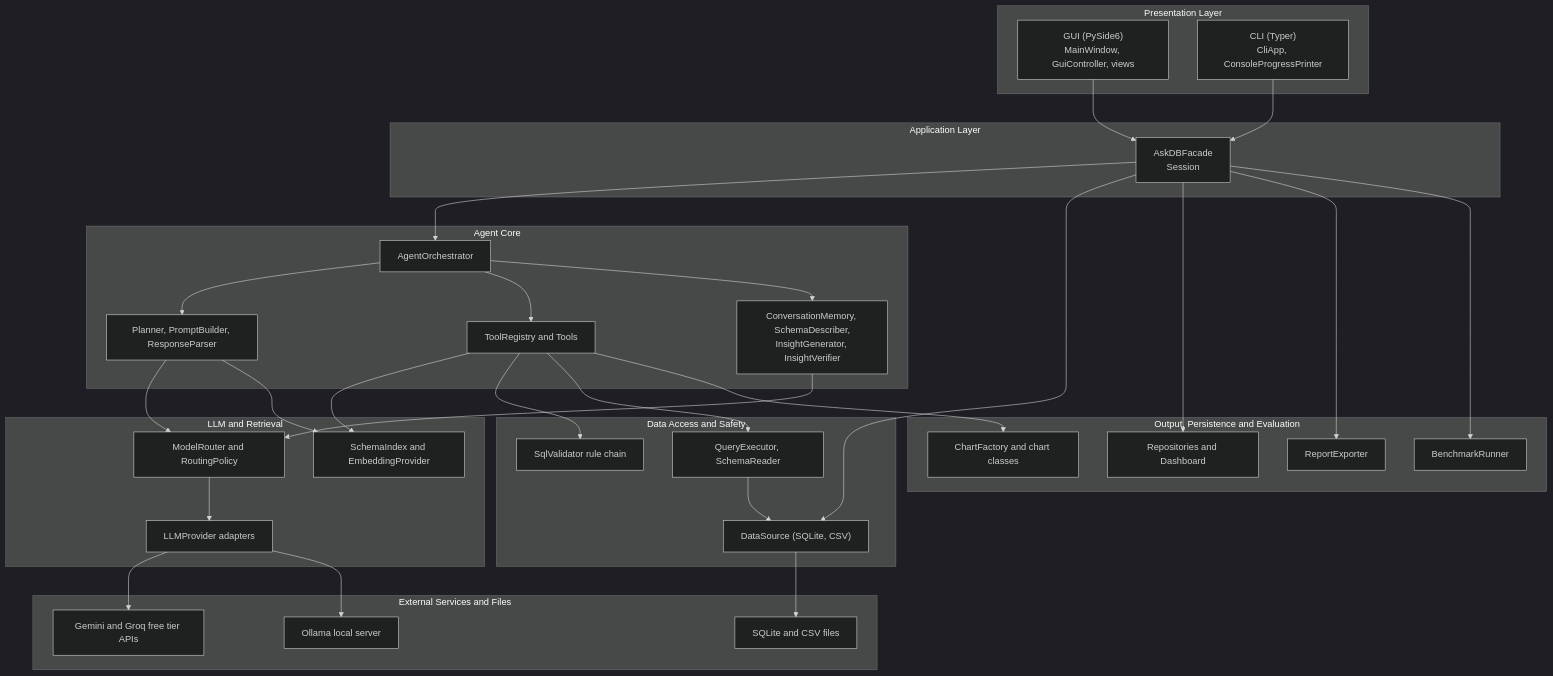
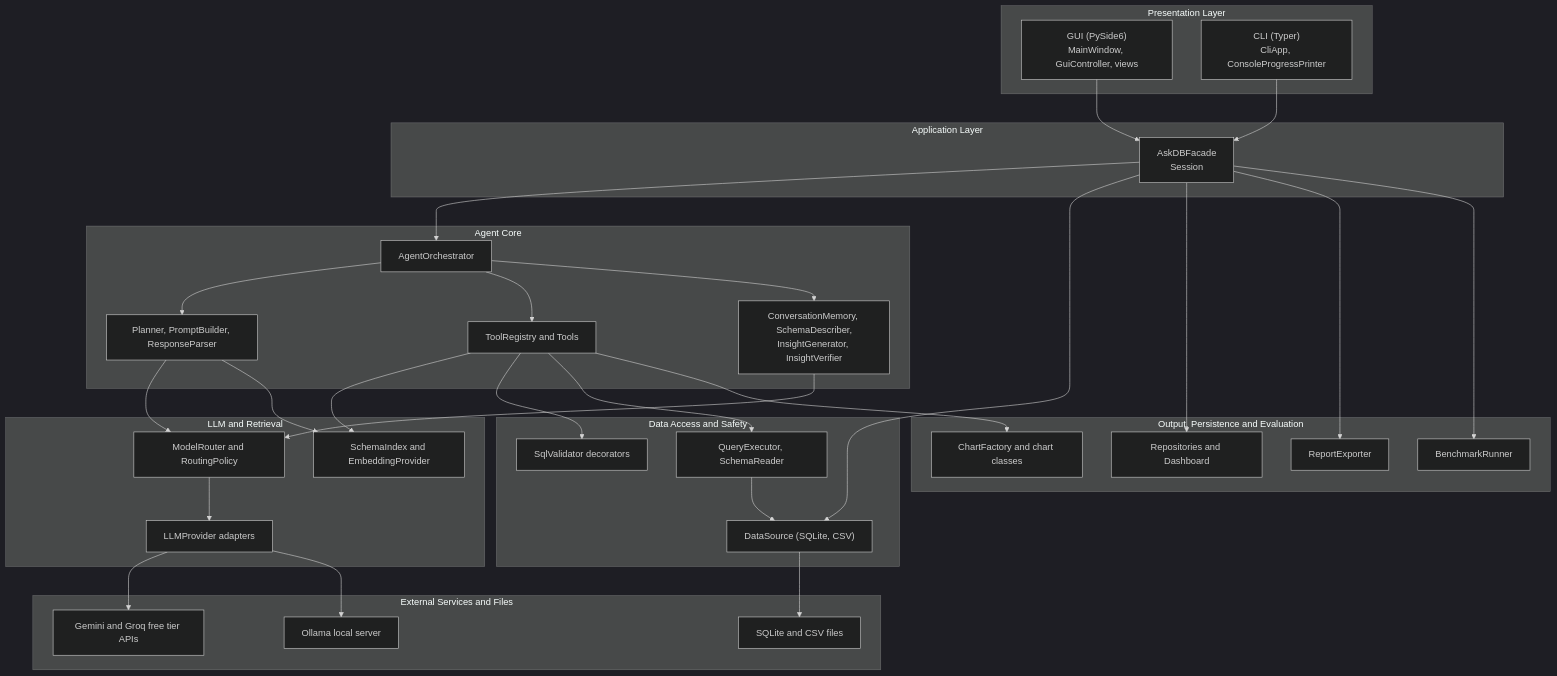
The first of 17 diagrams in docs/Stage1_Design_Report.md (krishi-shah/eecs3311-askdb), drawn with Mermaid (dark theme) before and after one commit. The commit also changed other lines of this file, not shown here.

````diff
--- a/docs/Stage1_Design_Report.md
+++ b/docs/Stage1_Design_Report.md
@@ -92,59 +92,59 @@
 ```mermaid
 flowchart TB
     subgraph P["Presentation Layer"]
         GUI["GUI (PySide6)<br/>MainWindow, GuiController, views"]
         CLI["CLI (Typer)<br/>CliApp, ConsoleProgressPrinter"]
     end
     subgraph A["Application Layer"]
         F["AskDBFacade<br/>Session"]
     end
     subgraph AG["Agent Core"]
         O["AgentOrchestrator"]
         PL["Planner, PromptBuilder, ResponseParser"]
         T["ToolRegistry and Tools"]
         M["ConversationMemory, SchemaDescriber,<br/>InsightGenerator, InsightVerifier"]
     end
     subgraph L["LLM and Retrieval"]
         R["ModelRouter and RoutingPolicy"]
         LP["LLMProvider adapters"]
         SI["SchemaIndex and EmbeddingProvider"]
     end
     subgraph D["Data Access and Safety"]
         DS["DataSource (SQLite, CSV)"]
-        V["SqlValidator rule chain"]
+        V["SqlValidator decorators"]
         QE["QueryExecutor, SchemaReader"]
     end
     subgraph OUT["Output, Persistence and Evaluation"]
         CH["ChartFactory and chart classes"]
         REPO["Repositories and Dashboard"]
         EX["ReportExporter"]
         EV["BenchmarkRunner"]
     end
     subgraph EXT["External Services and Files"]
         API["Gemini and Groq free tier APIs"]
         OL["Ollama local server"]
         FILES["SQLite and CSV files"]
     end
     GUI --> F
     CLI --> F
     F --> O
     F --> DS
     F --> REPO
     F --> EX
     F --> EV
     O --> PL
     O --> T
     O --> M
     PL --> R
     PL --> SI
     M --> R
     T --> SI
     T --> V
     T --> QE
     T --> CH
     QE --> DS
     R --> LP
     LP --> API
     LP --> OL
     DS --> FILES
 ```
````
